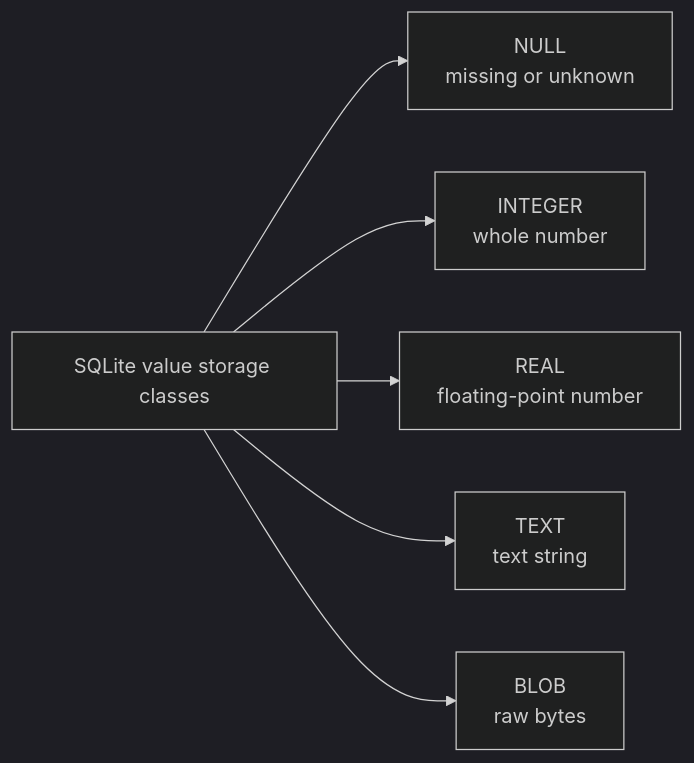
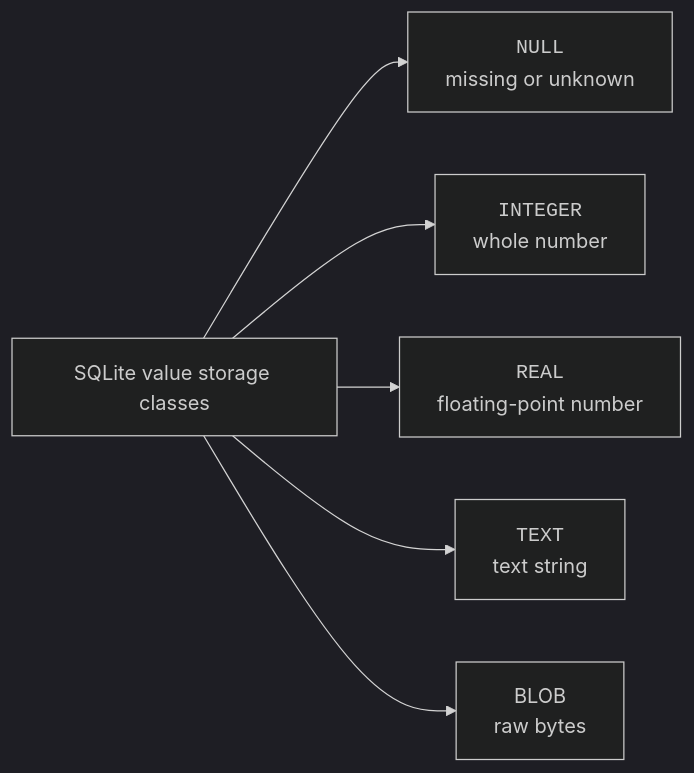
The second of 6 diagrams in content/courses/sqlite-for-beginners/data-types.mdx (dataslope/dataslope), drawn with Mermaid (dark theme) before and after one commit. The commit also changed other lines of this file and 283 other files, not shown here.

First line of the commit message:
Diagrams as elements, not characters: fix the box model, sweep the corpus, and make syntax breakdowns a convention (#652)

````diff
--- a/content/courses/sqlite-for-beginners/data-types.mdx
+++ b/content/courses/sqlite-for-beginners/data-types.mdx
@@ -58,9 +58,9 @@
 ```mermaid
 flowchart LR
     S["SQLite value storage classes"]
-    S --> N["NULL<br/>missing or unknown"]
-    S --> I["INTEGER<br/>whole number"]
-    S --> R["REAL<br/>floating-point number"]
-    S --> T["TEXT<br/>text string"]
+    S --> N["<code>NULL</code><br/>missing or unknown"]
+    S --> I["<code>INTEGER</code><br/>whole number"]
+    S --> R["<code>REAL</code><br/>floating-point number"]
+    S --> T["<code>TEXT</code><br/>text string"]
     S --> B["BLOB<br/>raw bytes"]
 ```
````
